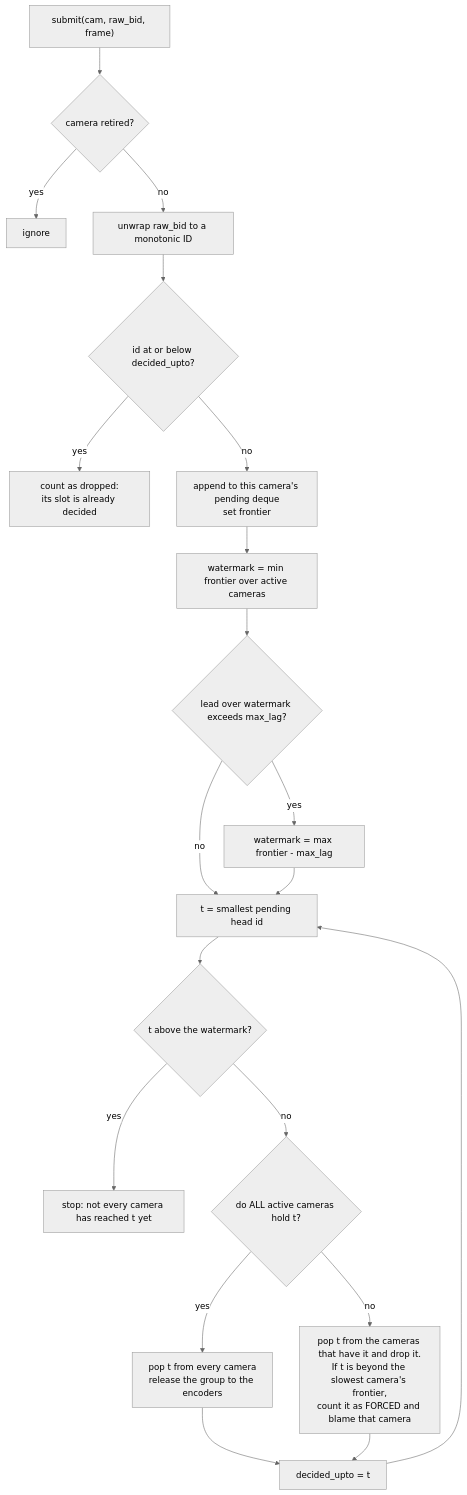
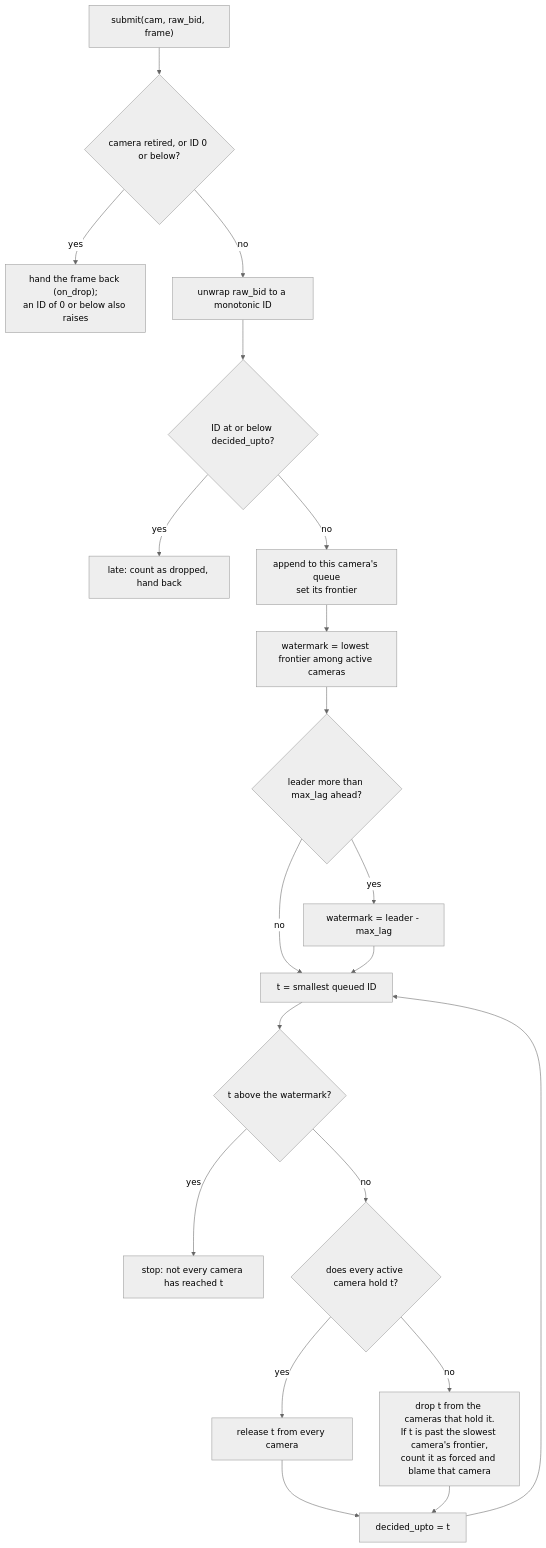
Before and after one commit to talmolab/panopticon: the fourth of 6 diagrams in docs/INTERNALS.md, drawn with Mermaid (neutral theme). The commit also changed other lines of this file, not shown here.

````diff
--- a/docs/INTERNALS.md
+++ b/docs/INTERNALS.md
@@ -814,22 +931,22 @@
 ```mermaid
 flowchart TD
-  SUB["submit(cam, raw_bid, frame)"] --> RET{"camera retired?"}
-  RET -->|"yes"| DROP0["ignore"]
+  SUB["submit(cam, raw_bid, frame)"] --> RET{"camera retired, or ID 0 or below?"}
+  RET -->|"yes"| DROP0["hand the frame back (on_drop);<br>an ID of 0 or below also raises"]
   RET -->|"no"| UW["unwrap raw_bid to a monotonic ID"]
-  UW --> LATE{"id at or below decided_upto?"}
-  LATE -->|"yes"| DROP1["count as dropped:<br>its slot is already decided"]
-  LATE -->|"no"| PUSH["append to this camera's pending deque<br>set frontier"]
-  PUSH --> WM["watermark = min frontier over active cameras"]
-  WM --> CAP{"lead over watermark exceeds max_lag?"}
-  CAP -->|"yes"| FORCE["watermark = max frontier - max_lag"]
+  UW --> LATE{"ID at or below decided_upto?"}
+  LATE -->|"yes"| DROP1["late: count as dropped, hand back"]
+  LATE -->|"no"| PUSH["append to this camera's queue<br>set its frontier"]
+  PUSH --> WM["watermark = lowest frontier among active cameras"]
+  WM --> CAP{"leader more than max_lag ahead?"}
+  CAP -->|"yes"| FORCE["watermark = leader - max_lag"]
   CAP -->|"no"| LOOP
-  FORCE --> LOOP["t = smallest pending head id"]
+  FORCE --> LOOP["t = smallest queued ID"]
   LOOP --> ABOVE{"t above the watermark?"}
-  ABOVE -->|"yes"| WAIT["stop: not every camera has reached t yet"]
-  ABOVE -->|"no"| ALL{"do ALL active cameras hold t?"}
-  ALL -->|"yes"| REL["pop t from every camera<br>release the group to the encoders"]
-  ALL -->|"no"| KICK["pop t from the cameras that have it and drop it.<br>If t is beyond the slowest camera's frontier,<br>count it as FORCED and blame that camera"]
+  ABOVE -->|"yes"| WAIT["stop: not every camera has reached t"]
+  ABOVE -->|"no"| ALL{"does every active camera hold t?"}
+  ALL -->|"yes"| REL["release t from every camera"]
+  ALL -->|"no"| KICK["drop t from the cameras that hold it.<br>If t is past the slowest camera's frontier,<br>count it as forced and blame that camera"]
   REL --> ADV["decided_upto = t"]
   KICK --> ADV
   ADV --> LOOP
 ```
````
